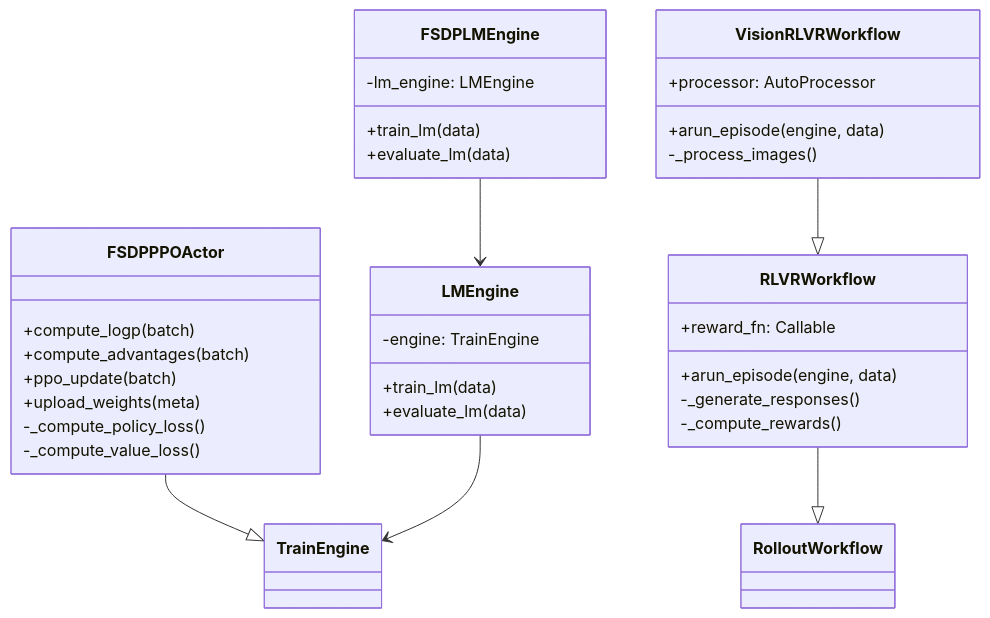
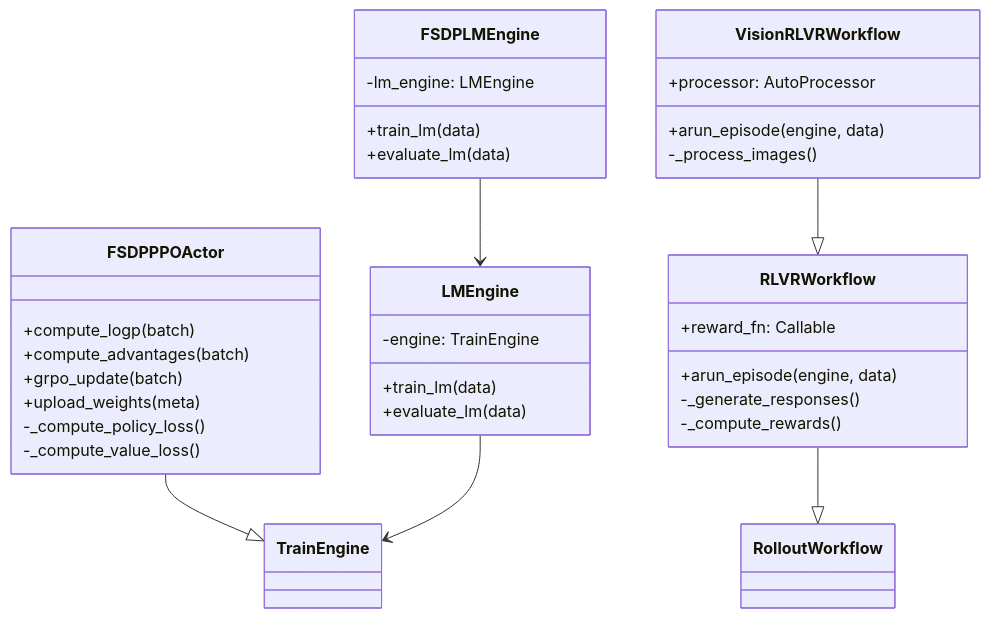
Before and after one commit to zhshgmail/AReaL: the eighth of 14 diagrams in docs/architecture/arealite_architecture.md, drawn with Mermaid. The commit also changed other lines of this file and 12 other files, not shown here.

Commit message:
update architecture docs

````diff
--- a/docs/architecture/arealite_architecture.md
+++ b/docs/architecture/arealite_architecture.md
@@ -356,42 +356,42 @@
 ```mermaid
 classDiagram
     class FSDPPPOActor {
         +compute_logp(batch)
         +compute_advantages(batch)
-        +ppo_update(batch)
+        +grpo_update(batch)
         +upload_weights(meta)
         -_compute_policy_loss()
         -_compute_value_loss()
     }
     
     class FSDPLMEngine {
         +train_lm(data)
         +evaluate_lm(data)
         -lm_engine: LMEngine
     }
     
     class LMEngine {
         +train_lm(data)
         +evaluate_lm(data)
         -engine: TrainEngine
     }
     
     class RLVRWorkflow {
         +arun_episode(engine, data)
         +reward_fn: Callable
         -_generate_responses()
         -_compute_rewards()
     }
     
     class VisionRLVRWorkflow {
         +arun_episode(engine, data)
         +processor: AutoProcessor
         -_process_images()
     }
     
     FSDPPPOActor --|> TrainEngine
     FSDPLMEngine --> LMEngine
     LMEngine --> TrainEngine
     RLVRWorkflow --|> RolloutWorkflow
     VisionRLVRWorkflow --|> RLVRWorkflow
 ```
````
